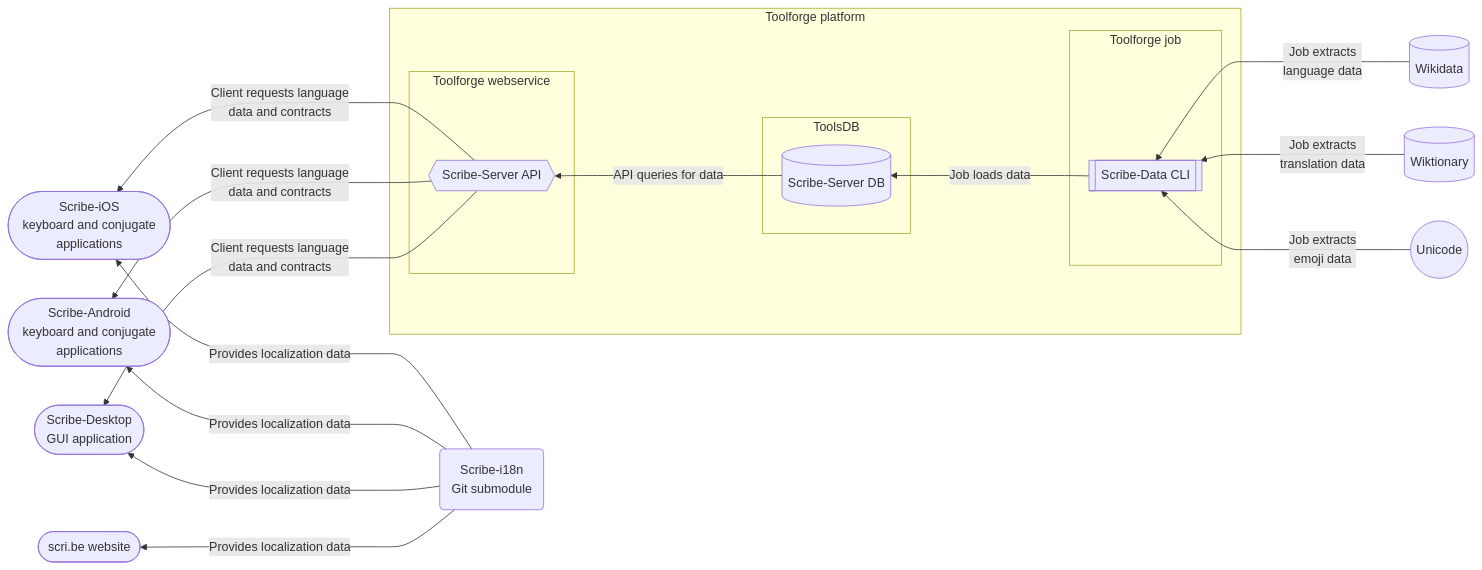
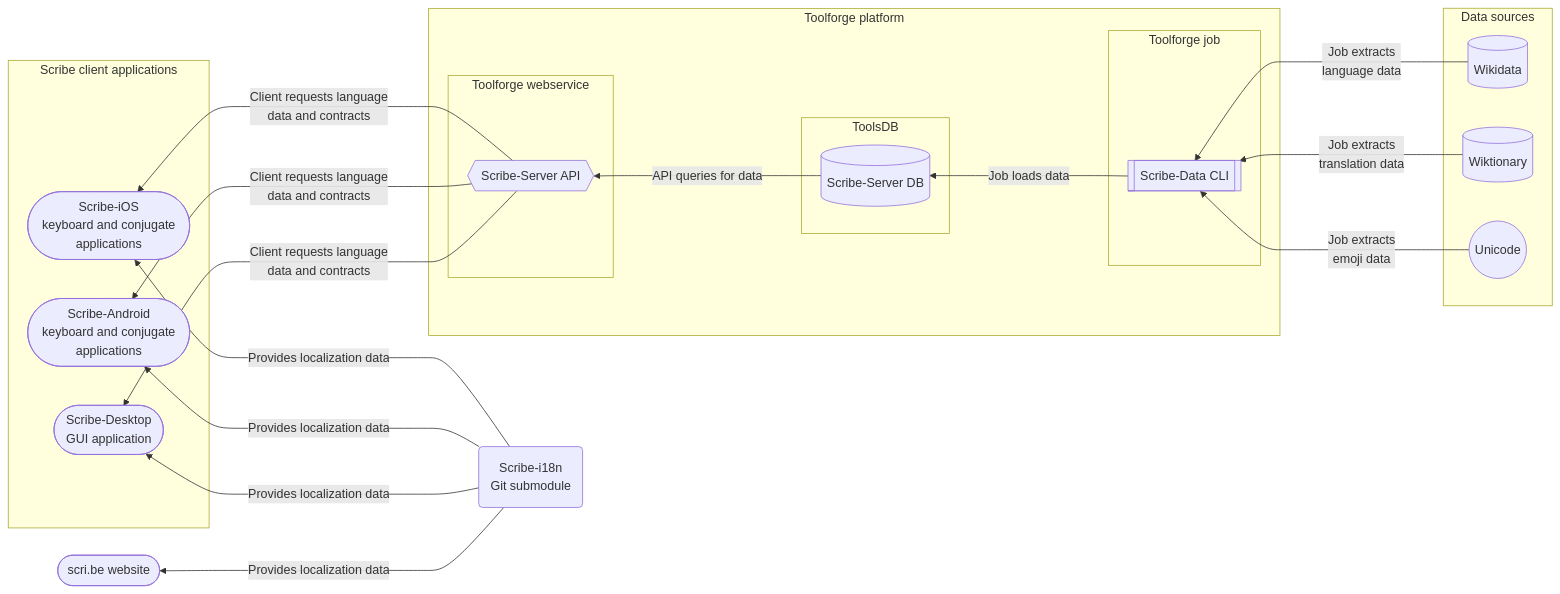
The diagram in ARCHITECTURE.md (scribe-org/Organization), drawn with Mermaid before and after one commit. The commit also changed other lines of this file, not shown here.

Commit message:
Update architecture diagram with more subgraphs

````diff
--- a/ARCHITECTURE.md
+++ b/ARCHITECTURE.md
@@ -12,45 +12,47 @@
 ```mermaid
 graph RL
-    %% Scribe client applications
-    IOS([Scribe-iOS\nkeyboard and conjugate\napplications])
-    ADR([Scribe-Android\nkeyboard and conjugate\napplications])
-    DSK([Scribe-Desktop\nGUI application])
-
-    %% Website
-    SCR([scri.be website])
-
-    %% Client dependencies
-    I18N(Scribe-i18n\nGit submodule)
+    subgraph SOURCES [Data sources]
+        WD[(Wikidata)]
+        WKTN[(Wiktionary)]
+        UNI((Unicode))
+    end
 
     %% Scribe data/service
     API{{Scribe-Server API}}
     DBS[(Scribe-Server DB)]
     DATA[[Scribe-Data CLI]]
-
-    %% Data sources
-    WD[(Wikidata)]
-    WKTN[(Wiktionary)]
-    UNI((Unicode))
 
     %% Toolforge (WMCS)
     subgraph TFP [Toolforge platform]
         subgraph TFW [Toolforge webservice]
             API
         end
         subgraph TDB [ToolsDB]
             DBS
         end
         subgraph TFJ [Toolforge job]
             DATA
         end
     end
 
+    %% Client dependencies
+    I18N(Scribe-i18n\nGit submodule)
+
+    subgraph CLIENTS [Scribe client applications]
+        IOS([Scribe-iOS\nkeyboard and conjugate\napplications])
+        ADR([Scribe-Android\nkeyboard and conjugate\napplications])
+        DSK([Scribe-Desktop\nGUI application])
+    end
+
+    %% Website
+    SCR([scri.be website])
+
     %% DATA FLOW
     I18N --->|Provides localization data| IOS & ADR & DSK & SCR
     API --->|Client requests language\ndata and contracts| IOS & ADR & DSK
     DBS --->|API queries for data| API
     DATA --->|Job loads data| DBS
     WD --->|Job extracts\nlanguage data| DATA
     WKTN --->|Job extracts\ntranslation data| DATA
     UNI --->|Job extracts\nemoji data| DATA
 ```
````
